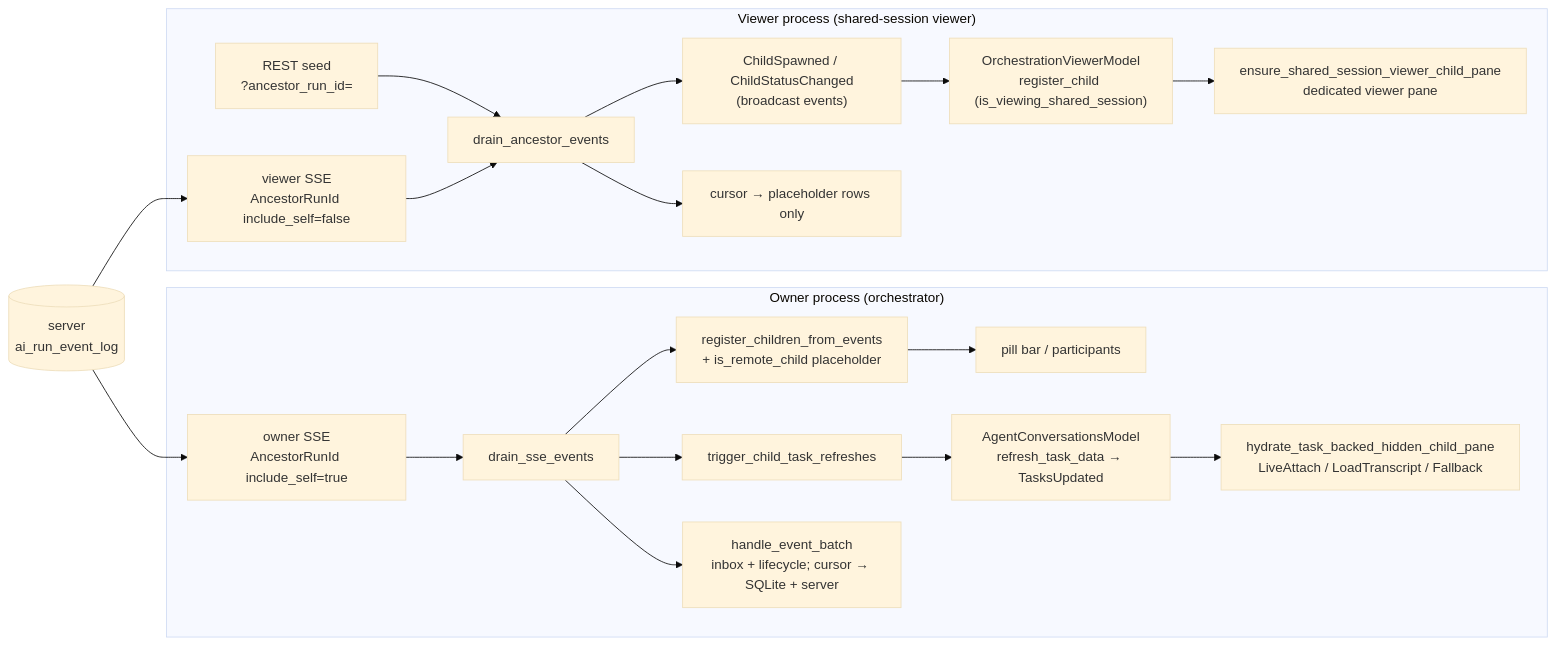
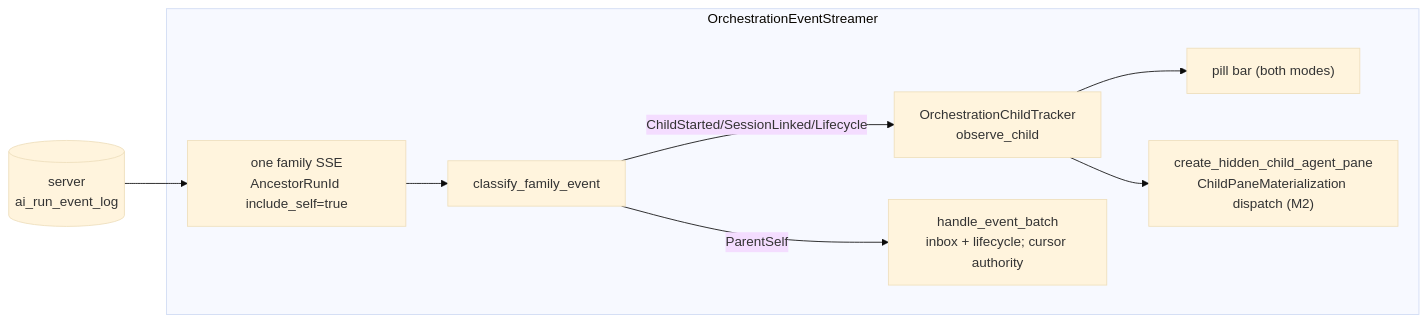
One commit to Aryan795/warp changed the second of 4 diagrams in specs/QUALITY-928/TECH.md. Above: the diagram before and after it, drawn with Mermaid (base theme). The commit also changed other lines of this file, not shown here.

````diff
--- a/specs/QUALITY-928/TECH.md
+++ b/specs/QUALITY-928/TECH.md
@@ -418,22 +339,11 @@
 ```mermaid
 flowchart LR
-  LOG[("server<br/>ai_run_event_log")] --> OS["owner SSE<br/>AncestorRunId include_self=true"]
-  LOG --> VS["viewer SSE<br/>AncestorRunId include_self=false"]
-  subgraph OWNER["Owner process (orchestrator)"]
-    OS --> OD["drain_sse_events"]
-    OD --> RCE["register_children_from_events<br/>+ is_remote_child placeholder"]
-    OD --> TCR["trigger_child_task_refreshes"]
-    OD --> HEB["handle_event_batch<br/>inbox + lifecycle; cursor → SQLite + server"]
-    RCE --> OPILL["pill bar / participants"]
-    TCR --> ACM["AgentConversationsModel<br/>refresh_task_data → TasksUpdated"]
-    ACM --> HYD["hydrate_task_backed_hidden_child_pane<br/>LiveAttach / LoadTranscript / Fallback"]
-  end
-  subgraph VIEWER["Viewer process (shared-session viewer)"]
-    SEED["REST seed<br/>?ancestor_run_id="] --> VD
-    VS --> VD["drain_ancestor_events"]
-    VD --> BC["ChildSpawned / ChildStatusChanged<br/>(broadcast events)"]
-    BC --> OVM["OrchestrationViewerModel<br/>register_child (is_viewing_shared_session)"]
-    OVM --> VPANE["ensure_shared_session_viewer_child_pane<br/>dedicated viewer pane"]
-    VD --> VCUR["cursor → placeholder rows only"]
+  LOG[("server<br/>ai_run_event_log")] --> FS["one family SSE<br/>AncestorRunId include_self=true"]
+  subgraph STREAMER["OrchestrationEventStreamer"]
+    FS --> CF["classify_family_event"]
+    CF -->|ChildStarted/SessionLinked/Lifecycle| TRK["OrchestrationChildTracker<br/>observe_child"]
+    CF -->|ParentSelf| HEB["handle_event_batch<br/>inbox + lifecycle; cursor authority"]
+    TRK --> PILL["pill bar (both modes)"]
+    TRK --> PANE["create_hidden_child_agent_pane<br/>ChildPaneMaterialization dispatch (M2)"]
   end
 ```
````
